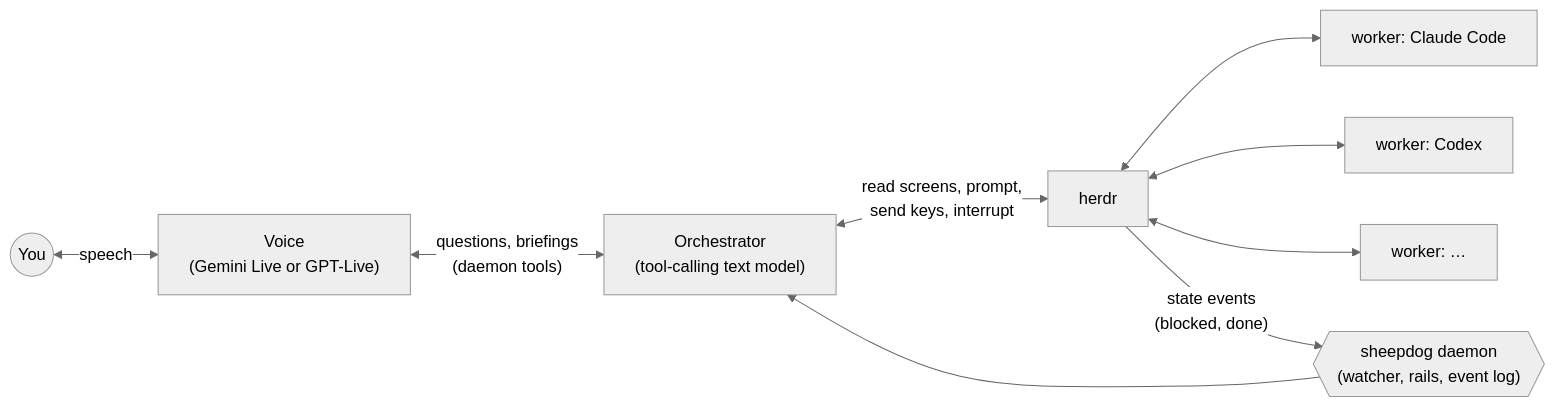
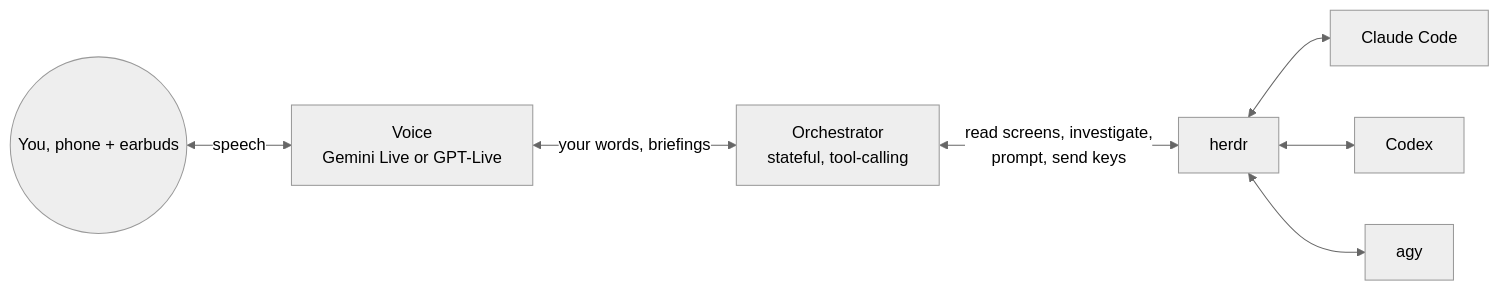
Before and after one commit to kccarlos/herdr-sheepdog: the diagram in README.md, drawn with Mermaid (neutral theme). The commit also changed other lines of this file and 2 other files, not shown here.

````diff
--- a/README.md
+++ b/README.md
@@ -107,11 +79,9 @@
 ```mermaid
 flowchart LR
-    U((You)) <-->|speech| V["Voice<br/>(Gemini Live or GPT-Live)"]
-    V <-->|"questions, briefings<br/>(daemon tools)"| O["Orchestrator<br/>(tool-calling text model)"]
-    O <-->|"read screens, prompt,<br/>send keys, interrupt"| H["herdr"]
-    H <--> W1[worker: Claude Code]
-    H <--> W2[worker: Codex]
-    H <--> W3[worker: …]
-    H -->|"state events<br/>(blocked, done)"| D{{"sheepdog daemon<br/>(watcher, rails, event log)"}}
-    D --> O
+    U((You, phone + earbuds)) <-->|speech| V["Voice<br/>Gemini Live or GPT-Live"]
+    V <-->|"your words, briefings"| O["Orchestrator<br/>stateful, tool-calling"]
+    O <-->|"read screens, investigate,<br/>prompt, send keys"| H["herdr"]
+    H <--> W1["Claude Code"]
+    H <--> W2["Codex"]
+    H <--> W3["agy"]
 ```
````
